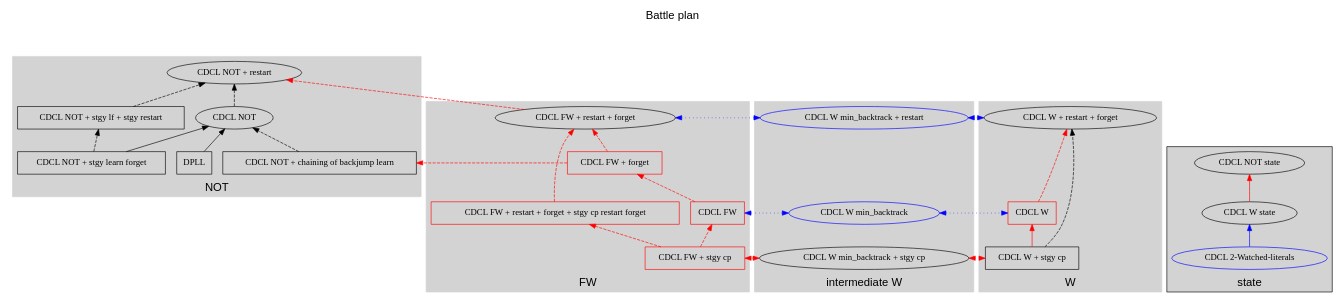
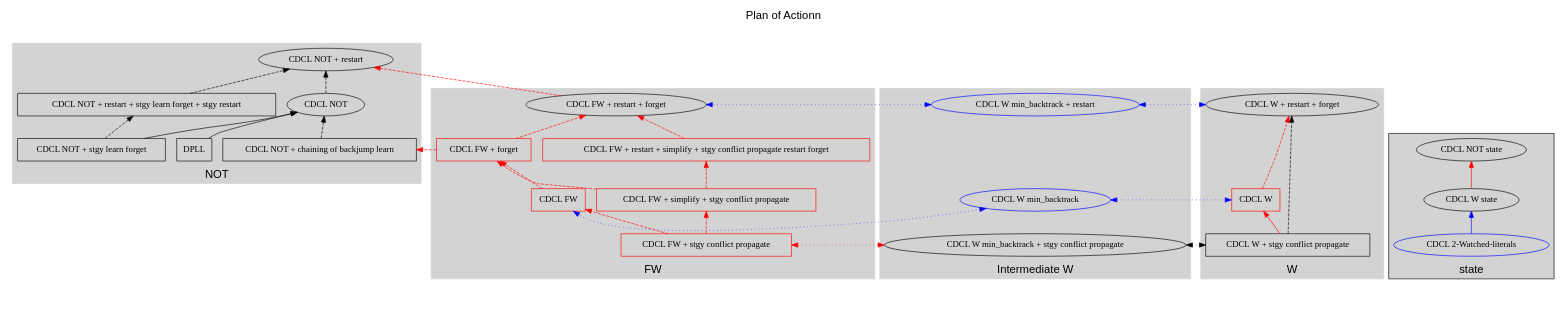
Before and after one commit to IsaFoL/IsaFoL: the diagram in Weidenbach_Book/CDCL.dot, drawn with Graphviz.

Commit message:
more changes in plan of action

```diff
--- a/Weidenbach_Book/CDCL.dot
+++ b/Weidenbach_Book/CDCL.dot
@@ -1,121 +1,125 @@
 //dot -o CDCL.pdf -Tpdf CDCL.dot
 digraph CDCL {
 	rankdir=BT;
-	//concentrate=true;
-	
-	graph [label="Battle plan\n\n\n", labelloc=t; labeljust=center, fontname=Helvetica, fontsize=18];
+	graph [label="Plan of Actionn\n\n", labelloc=t; labeljust=center, fontname=Helvetica, fontsize=18];
 	minlen=100;
 	
 	newrank=true;
 	
 	subgraph cluster_not {
 		label="NOT";
 		style=filled;
 		color=lightgrey;
   		CDCL_NOT_restart [label="CDCL NOT + restart"];
   		CDCL_NOT [label="CDCL NOT"];
-  		CDCL_NOT_stgy_restart[label="CDCL NOT + stgy lf + stgy restart", shape=box];
-  		CDCL_NOT_merged [label="CDCL NOT + chaining of backjump learn", shape=box];
+  		CDCL_NOT_restart_stgy_learn_forget_restart[label="CDCL NOT + restart + stgy learn forget + stgy restart", shape=box];
+  		CDCL_NOT_chaining [label="CDCL NOT + chaining of backjump learn", shape=box];
   		DPLL [label="DPLL", shape=box];
-		CDCL_NOT_stgy [label="CDCL NOT + stgy learn forget", shape=box];
+		CDCL_NOT_stgy_learn_forget [label="CDCL NOT + stgy learn forget", shape=box];
 				
 		
 	}
 
-	CDCL_NOT_stgy -> CDCL_NOT;
+	CDCL_NOT_stgy_learn_forget -> CDCL_NOT;
 	CDCL_NOT -> CDCL_NOT_restart [style=dashed];
-	CDCL_NOT_stgy -> CDCL_NOT_stgy_restart [style=dashed];
-	CDCL_NOT_stgy_restart -> CDCL_NOT_restart [style=dashed];
+	CDCL_NOT_stgy_learn_forget -> CDCL_NOT_restart_stgy_learn_forget_restart [style=dashed];
+	CDCL_NOT_restart_stgy_learn_forget_restart -> CDCL_NOT_restart [style=dashed];
 	DPLL -> CDCL_NOT;
 
-	CDCL_NOT_merged -> CDCL_NOT [style=dashed];
-	
-	subgraph cluster_fw {
-		style=filled;
-		color=lightgrey;
-		label="FW";
-		CDCL_FW_stgy_forget_restart [label="CDCL FW + restart + forget + stgy cp restart forget", color=red, shape=box];
-		CDCL_FW [label="CDCL FW", color=red, shape=box];
-		CDCL_FW_stgy [label="CDCL FW + stgy cp", color=red, shape=box];
-		CDCL_FW_forget [label="CDCL FW + forget", color=red, shape=box];
-
-		CDCL_FW_forget_restart [label="CDCL FW + restart + forget"];
+	CDCL_NOT_chaining -> CDCL_NOT [style=dashed];
+	subgraph cluster_phantom{
+	  style = invis;
+	  
+  	subgraph cluster_w_fw {
+  		label="Intermediate W";
+  		style=filled;
+  		color=lightgrey;
+  		CDCL_W_min_backtrack_restart [label="CDCL W min_backtrack + restart", color=blue];
+  		CDCL_W_min_backtrack [label="CDCL W min_backtrack", color=blue];
+  		CDCL_W_min_backtrack_stgy_conflict_propagate [label="CDCL W min_backtrack + stgy conflict propagate"];
+  	}
+  	subgraph cluster_fw {
+  		style=filled;
+  		color=lightgrey;
+  		label="FW";
+  		CDCL_FW [label="CDCL FW", color=red, shape=box];
+  		CDCL_FW_forget [label="CDCL FW + forget", color=red, shape=box];
+		
+  		CDCL_FW_stgy_conflict_propagate_simplify_restart [label="CDCL FW + restart + simplify + stgy conflict propagate restart forget", color=red, shape=box];
+  		CDCL_FW_simplify_stgy_conflict_propagate [label="CDCL FW + simplify + stgy conflict propagate", color=red, shape=box];
+  		CDCL_FW_stgy_conflict_propagate [label="CDCL FW + stgy conflict propagate", color=red, shape=box];
+  		CDCL_FW_forget_restart [label="CDCL FW + restart + forget"];
+  	}
 	}
-	
-	subgraph cluster_w_fw {
-		label="intermediate W";
-		style=filled;
-		color=lightgrey;
-		CDCL_W_merge_bj_restart[label="CDCL W min_backtrack + restart", color=blue];
-		CDCL_W_merge_bj[label="CDCL W min_backtrack", color=blue];
-		CDCL_W_stgy_merge_bj[label="CDCL W min_backtrack + stgy cp"];
-	}
-	CDCL_FW_stgy_forget_restart -> CDCL_FW_forget_restart [style=dashed, color=red];
-	CDCL_FW_forget -> CDCL_NOT_merged [style=dashed, color=red];
+	CDCL_FW_stgy_conflict_propagate_simplify_restart -> CDCL_FW_forget_restart [style=dashed, color=red];
+	CDCL_FW_forget -> CDCL_NOT_chaining [style=dashed, color=red];
 	CDCL_FW_forget -> CDCL_FW_forget_restart [style=dashed, color=red];
 	CDCL_FW_forget_restart -> CDCL_NOT_restart [style=dashed, color=red];
 	CDCL_FW -> CDCL_FW_forget [style=dashed, color=red];
-	CDCL_FW_stgy ->  CDCL_FW[style=dashed, color=red];
-	CDCL_FW_stgy ->  CDCL_FW_stgy_forget_restart[style=dashed, color=red];
+	CDCL_FW_stgy_conflict_propagate ->  CDCL_FW[style=dashed, color=red];
+	CDCL_FW_stgy_conflict_propagate -> CDCL_FW_simplify_stgy_conflict_propagate[style=dashed, color=red];
+	CDCL_FW_simplify_stgy_conflict_propagate -> CDCL_FW_stgy_conflict_propagate_simplify_restart[style=dashed, color=red];
 
 
 	subgraph cluster_cw {
 		label="W";
 		style=filled;
 		color=lightgrey;
 		CDCL_W [label="CDCL W", color=red, shape=box];
 		CDCL_W_forget_restart [label="CDCL W + restart + forget"];
-		CDCL_W_stgy [label="CDCL W + stgy cp", shape=box];
+		CDCL_W_stgy_conflict_propagate [label="CDCL W + stgy conflict propagate", shape=box];
 	}
 	CDCL_W -> CDCL_W_forget_restart[color=red, style=dashed];
-	CDCL_W_stgy -> CDCL_W_forget_restart[style=dashed];
-	CDCL_W_stgy -> CDCL_W[color=red];
-	CDCL_W_merge_bj_restart -> CDCL_FW_forget_restart[style=dotted, color=blue, dir="both"];
+	CDCL_W_stgy_conflict_propagate -> CDCL_W_forget_restart[style=dashed];
+	CDCL_W_stgy_conflict_propagate -> CDCL_W[color=red];
+	CDCL_W_min_backtrack_restart -> CDCL_FW_forget_restart[style=dotted, color=blue, dir="both"];
 
-	CDCL_W_merge_bj -> CDCL_FW[style=dotted, dir="both", color=blue];
-	CDCL_W_merge_bj -> CDCL_W[style=dotted, dir="both", color=blue];
+	CDCL_W_min_backtrack -> CDCL_FW[style=dotted, dir="both", color=blue];
+	CDCL_W_min_backtrack -> CDCL_W[style=dotted, dir="both", color=blue];
 
-	CDCL_W_stgy_merge_bj -> CDCL_W_stgy[style=dotted, dir="both", color=red];
-	CDCL_W_stgy_merge_bj -> CDCL_FW_stgy[style=dotted, dir="both", color=red];
-	CDCL_W_forget_restart -> CDCL_W_merge_bj_restart[style=dotted, dir="both",color=blue];
+	CDCL_W_min_backtrack_stgy_conflict_propagate -> CDCL_W_stgy_conflict_propagate[style=dotted, dir="both"];
+	CDCL_W_min_backtrack_stgy_conflict_propagate -> CDCL_FW_stgy_conflict_propagate[style=dotted, dir="both", color=red];
+	CDCL_W_forget_restart -> CDCL_W_min_backtrack_restart[style=dotted, dir="both",color=blue];
+	CDCL_FW_simplify_stgy_conflict_propagate -> CDCL_FW_forget[style=dashed, color = red];
+	
 
 	subgraph cluster_state {
 		label="state";
 		style=filled;
 		CDCL_NOT_state [label="CDCL NOT state"];
 		CDCL_W_state [label="CDCL W state"];
 		CDCL_WL [label="CDCL 2-Watched-literals", color=blue];
 	}
 
 	CDCL_W_state -> CDCL_NOT_state[color=red];
 	CDCL_WL -> CDCL_W_state[color=blue];
 	
 	{rank=same;
 		CDCL_W
 		//CDCL_NOT
-		CDCL_W_merge_bj
+		CDCL_W_min_backtrack
 		CDCL_FW
 		
 		};
 
 	{rank=same;
 		CDCL_W_forget_restart;
 		CDCL_FW_forget_restart;
-		CDCL_W_merge_bj_restart;
+		CDCL_W_min_backtrack_restart;
 		
 	}
 
 	{rank=sink
-		CDCL_W_stgy_merge_bj
-		CDCL_W_stgy
-		CDCL_FW_stgy
+		CDCL_W_min_backtrack_stgy_conflict_propagate
+		CDCL_W_stgy_conflict_propagate
+		CDCL_FW_stgy_conflict_propagate
 	}
 	
 	{rank=same
-		CDCL_NOT_merged
+		CDCL_NOT_chaining
 		CDCL_FW_forget
 		DPLL
-		CDCL_NOT_stgy
+		CDCL_NOT_stgy_learn_forget
 		//CDCL_FW
 	}
 }
```
